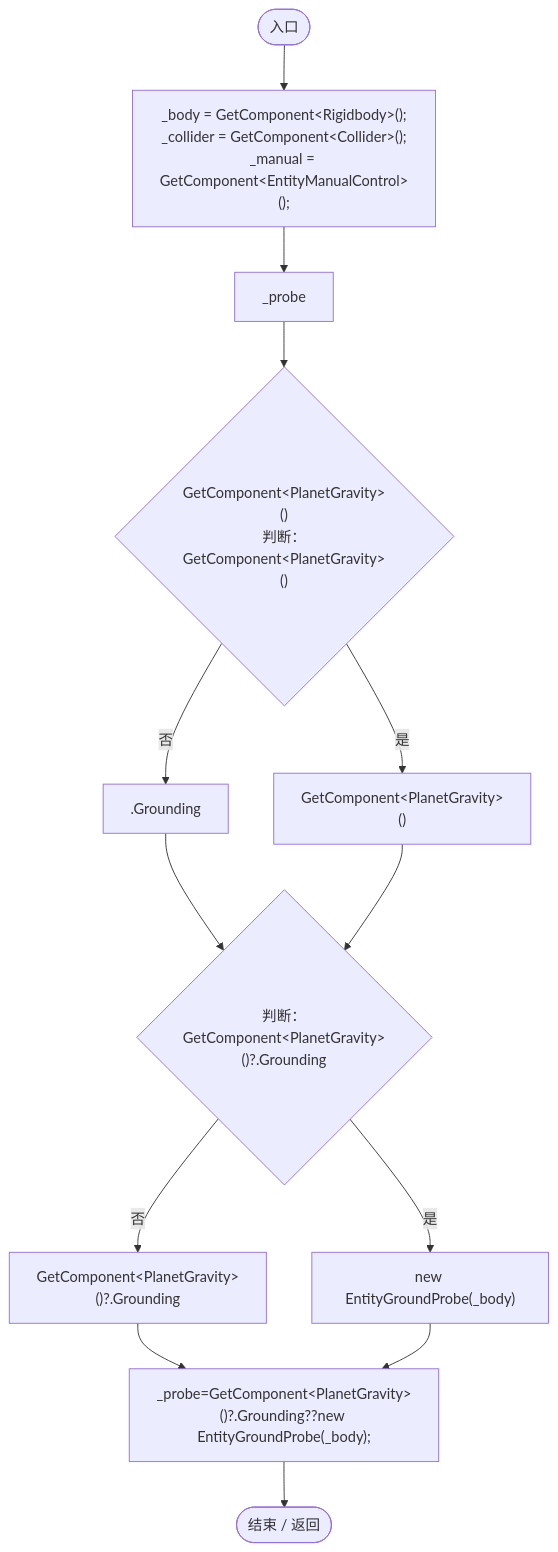
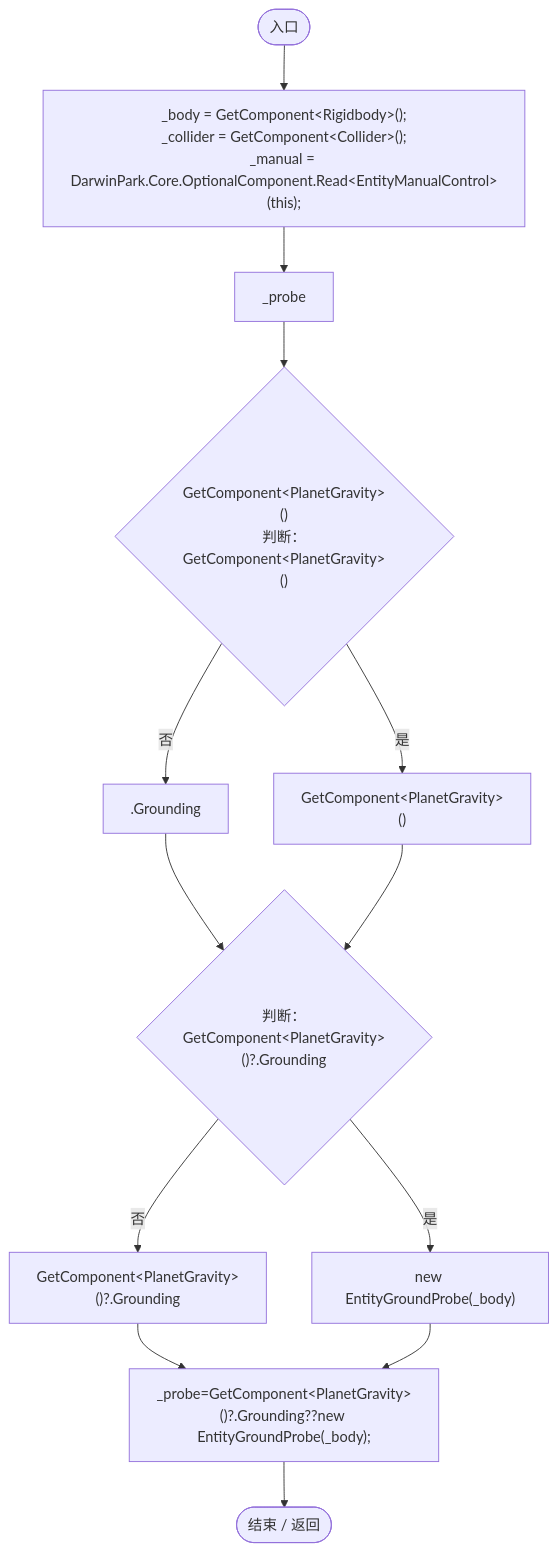
The third of 10 diagrams in Docs/运行流程图/脚本/fa3269c9da0aa692.md (xhs6666/Darwin_paradise), drawn with Mermaid before and after one commit. The commit also changed other lines of this file and 297 other files, not shown here.

````diff
--- a/Docs/运行流程图/脚本/fa3269c9da0aa692.md
+++ b/Docs/运行流程图/脚本/fa3269c9da0aa692.md
@@ -59,27 +59,27 @@
 ```mermaid
 flowchart TD
   b0(["入口"])
-  b1["_body = GetComponent&lt;Rigidbody&gt;();<br/>_collider = GetComponent&lt;Collider&gt;();<br/>_manual = GetComponent&lt;EntityManualControl&gt;();"]
+  b1["_body = GetComponent&lt;Rigidbody&gt;();<br/>_collider = GetComponent&lt;Collider&gt;();<br/>_manual = DarwinPark.Core.OptionalComponent.Read&lt;EntityManualControl&gt;(this);"]
   b2["_probe"]
   b3{"GetComponent&lt;PlanetGravity&gt;()<br/>判断：GetComponent&lt;PlanetGravity&gt;()"}
   b4[".Grounding"]
   b5["GetComponent&lt;PlanetGravity&gt;()"]
   b6{"判断：GetComponent&lt;PlanetGravity&gt;()?.Grounding"}
   b7["GetComponent&lt;PlanetGravity&gt;()?.Grounding"]
   b8["new EntityGroundProbe(_body)"]
   b9["_probe=GetComponent&lt;PlanetGravity&gt;()?.Grounding??new EntityGroundProbe(_body);"]
   b10(["结束 / 返回"])
   b0 --> b1
   b1 --> b2
   b2 --> b3
   b3 -->|"否"| b4
   b3 -->|"是"| b5
   b4 --> b6
   b5 --> b6
   b6 -->|"否"| b7
   b6 -->|"是"| b8
   b7 --> b9
   b8 --> b9
   b9 --> b10
 
 ```
````
